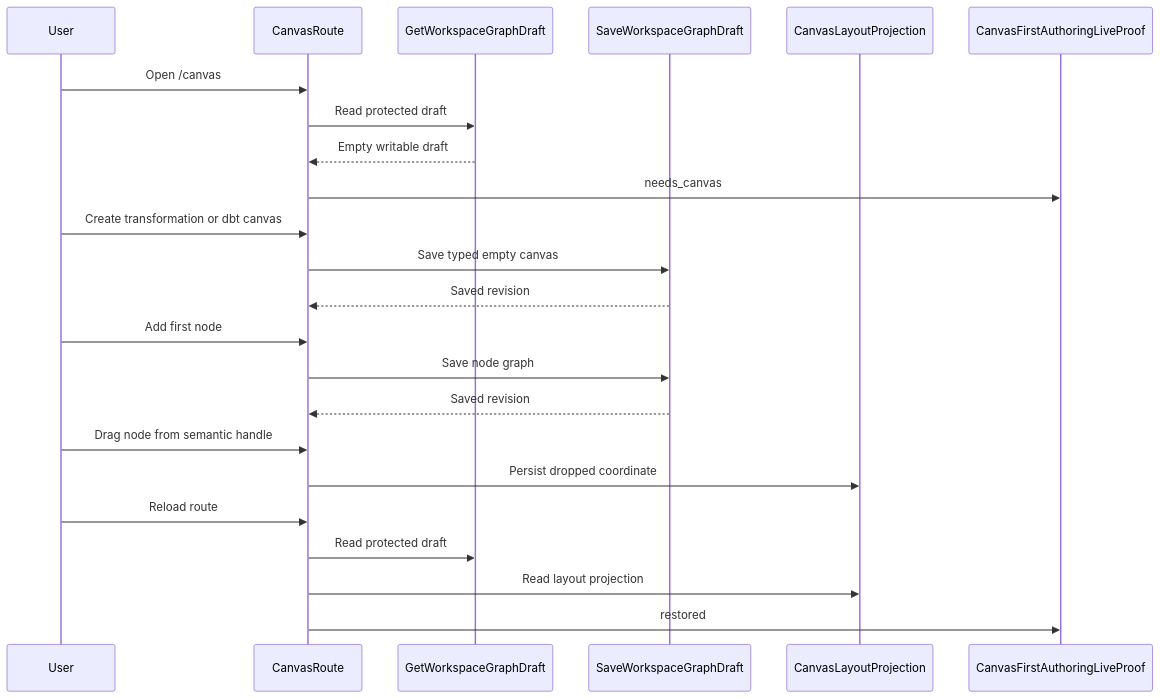
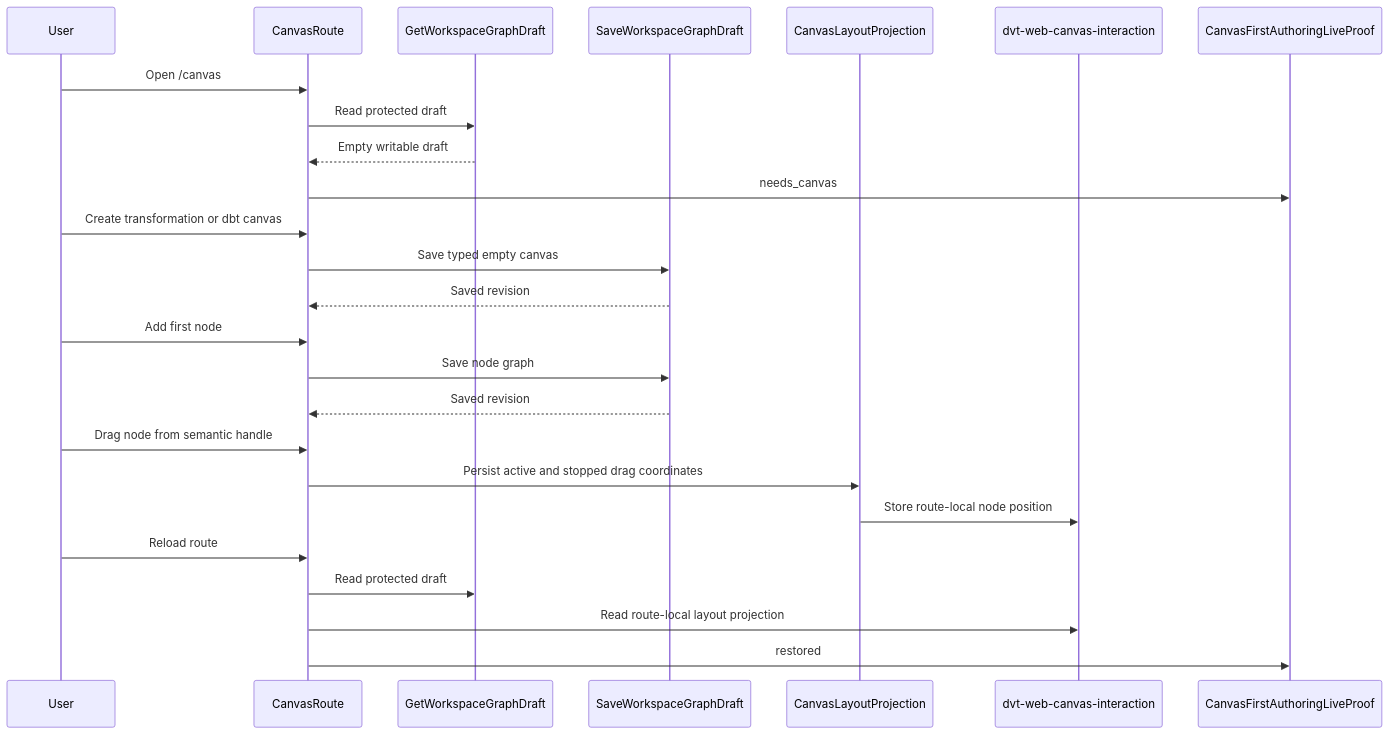
The second of 2 diagrams in docs/architecture/components/web/graph/canvas-first-authoring-live-proof-component.md (dunay2/dvt), drawn with Mermaid before and after one commit. The commit also changed other lines of this file and 47 other files, not shown here.

````diff
--- a/docs/architecture/components/web/graph/canvas-first-authoring-live-proof-component.md
+++ b/docs/architecture/components/web/graph/canvas-first-authoring-live-proof-component.md
@@ -146,26 +168,28 @@
 ```mermaid
 sequenceDiagram
     participant User
     participant CanvasRoute
     participant DraftQuery as GetWorkspaceGraphDraft
     participant DraftSave as SaveWorkspaceGraphDraft
     participant Layout as CanvasLayoutProjection
+    participant LocalStore as dvt-web-canvas-interaction
     participant Proof as CanvasFirstAuthoringLiveProof
 
     User->>CanvasRoute: Open /canvas
     CanvasRoute->>DraftQuery: Read protected draft
     DraftQuery-->>CanvasRoute: Empty writable draft
     CanvasRoute->>Proof: needs_canvas
     User->>CanvasRoute: Create transformation or dbt canvas
     CanvasRoute->>DraftSave: Save typed empty canvas
     DraftSave-->>CanvasRoute: Saved revision
     User->>CanvasRoute: Add first node
     CanvasRoute->>DraftSave: Save node graph
     DraftSave-->>CanvasRoute: Saved revision
     User->>CanvasRoute: Drag node from semantic handle
-    CanvasRoute->>Layout: Persist dropped coordinate
+    CanvasRoute->>Layout: Persist active and stopped drag coordinates
+    Layout->>LocalStore: Store route-local node position
     User->>CanvasRoute: Reload route
     CanvasRoute->>DraftQuery: Read protected draft
-    CanvasRoute->>Layout: Read layout projection
+    CanvasRoute->>LocalStore: Read route-local layout projection
     CanvasRoute->>Proof: restored
 ```
````
